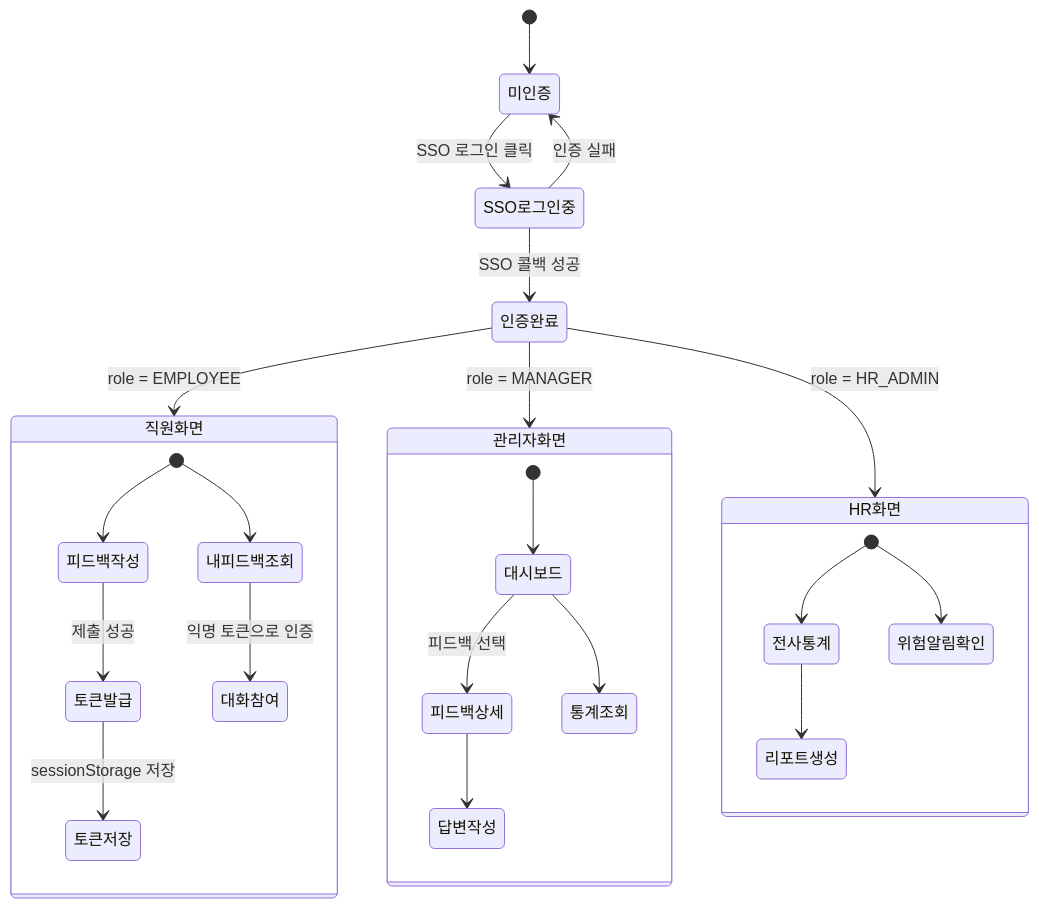
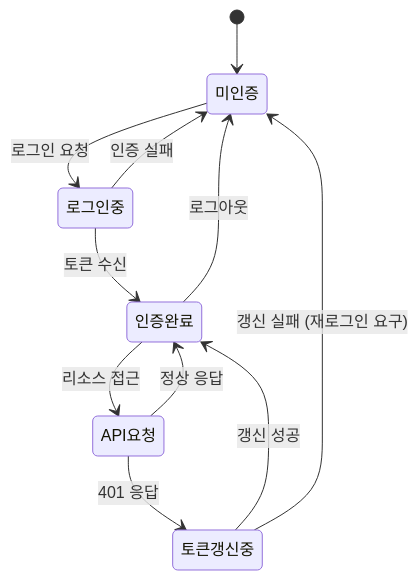
Before and after one commit to seungkyua/claude-simple-e2e: the fourth of 5 diagrams in sdd.md, drawn with Mermaid. The commit also changed other lines of this file, not shown here.

````diff
--- a/sdd.md
+++ b/sdd.md
@@ -619,33 +720,16 @@
 ```mermaid
 stateDiagram-v2
     [*] --> 미인증
 
-    미인증 --> SSO로그인중: SSO 로그인 클릭
-    SSO로그인중 --> 인증완료: SSO 콜백 성공
-    SSO로그인중 --> 미인증: 인증 실패
+    미인증 --> 로그인중: 로그인 요청
+    로그인중 --> 인증완료: 토큰 수신
+    로그인중 --> 미인증: 인증 실패
 
-    인증완료 --> 직원화면: role = EMPLOYEE
-    인증완료 --> 관리자화면: role = MANAGER
-    인증완료 --> HR화면: role = HR_ADMIN
+    인증완료 --> API요청: 리소스 접근
+    API요청 --> 인증완료: 정상 응답
+    API요청 --> 토큰갱신중: 401 응답
+    토큰갱신중 --> 인증완료: 갱신 성공
+    토큰갱신중 --> 미인증: 갱신 실패 (재로그인 요구)
 
-    state 직원화면 {
-        [*] --> 피드백작성
-        피드백작성 --> 토큰발급: 제출 성공
-        토큰발급 --> 토큰저장: sessionStorage 저장
-        [*] --> 내피드백조회
-        내피드백조회 --> 대화참여: 익명 토큰으로 인증
-    }
-
-    state 관리자화면 {
-        [*] --> 대시보드
-        대시보드 --> 피드백상세: 피드백 선택
-        피드백상세 --> 답변작성
-        대시보드 --> 통계조회
-    }
-
-    state HR화면 {
-        [*] --> 전사통계
-        전사통계 --> 리포트생성
-        [*] --> 위험알림확인
-    }
+    인증완료 --> 미인증: 로그아웃
 ```
````
